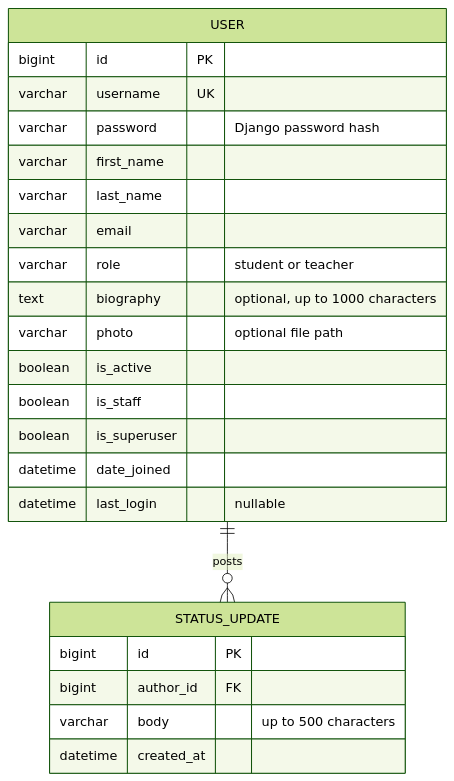
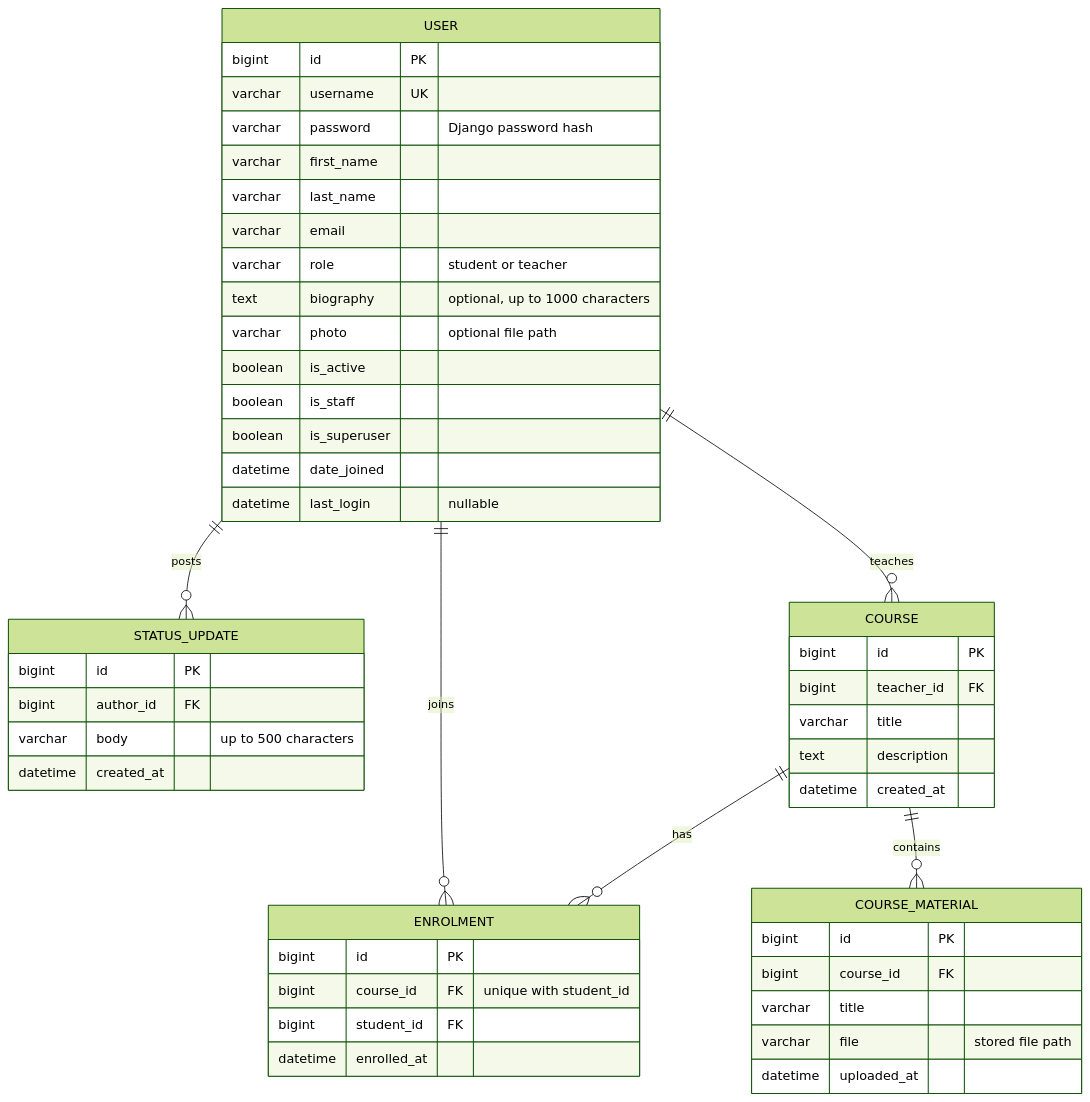
Before and after one commit to edoardolai/studyroom: the diagram in er_diagram.mmd, drawn with Mermaid (forest theme). The commit also changed 2 other files, not shown here.

Commit message:
course report and mobile heading fix

```diff
--- a/er_diagram.mmd
+++ b/er_diagram.mmd
@@ -1,24 +1,48 @@
 erDiagram
     USER {
         bigint id PK
         varchar username UK
         varchar password "Django password hash"
         varchar first_name
         varchar last_name
         varchar email
         varchar role "student or teacher"
         text biography "optional, up to 1000 characters"
         varchar photo "optional file path"
         boolean is_active
         boolean is_staff
         boolean is_superuser
         datetime date_joined
         datetime last_login "nullable"
     }
     USER ||--o{ STATUS_UPDATE : posts
     STATUS_UPDATE {
         bigint id PK
         bigint author_id FK
         varchar body "up to 500 characters"
         datetime created_at
     }
+    USER ||--o{ COURSE : teaches
+    USER ||--o{ ENROLMENT : joins
+    COURSE ||--o{ ENROLMENT : has
+    COURSE ||--o{ COURSE_MATERIAL : contains
+    COURSE {
+        bigint id PK
+        bigint teacher_id FK
+        varchar title
+        text description
+        datetime created_at
+    }
+    ENROLMENT {
+        bigint id PK
+        bigint course_id FK "unique with student_id"
+        bigint student_id FK
+        datetime enrolled_at
+    }
+    COURSE_MATERIAL {
+        bigint id PK
+        bigint course_id FK
+        varchar title
+        varchar file "stored file path"
+        datetime uploaded_at
+    }
```
